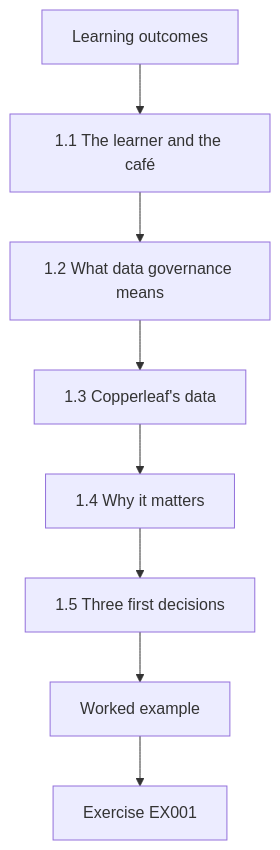
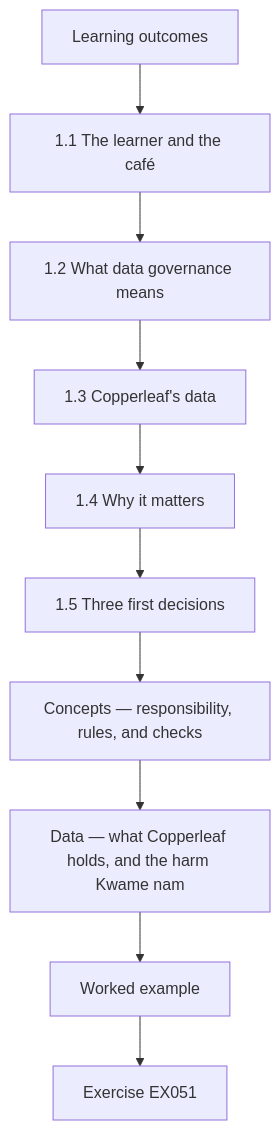
The first of 12 diagrams in levels/rapid-1-month/data-governance/en/book/MANUSCRIPT.md (hiagokinlevi/CyKin), drawn with Mermaid before and after one commit. The commit also changed other lines of this file and 1 other file, not shown here.

First line of the commit message:
Deepen the rapid data-governance lessons in English and Portuguese.

````diff
--- a/levels/rapid-1-month/data-governance/en/book/MANUSCRIPT.md
+++ b/levels/rapid-1-month/data-governance/en/book/MANUSCRIPT.md
@@ -45,12 +45,14 @@
 ```mermaid
 flowchart TD
   N0["Learning outcomes"]
   N1["1.1 The learner and the café"]
   N2["1.2 What data governance means"]
   N3["1.3 Copperleaf's data"]
   N4["1.4 Why it matters"]
   N5["1.5 Three first decisions"]
-  N0 --> N1 --> N2 --> N3 --> N4 --> N5
-  N5 --> EX["Worked example"]
-  EX --> Q["Exercise EX001"]
+  N6["Concepts — responsibility, rules, and checks"]
+  N7["Data — what Copperleaf holds, and the harm Kwame nam"]
+  N0 --> N1 --> N2 --> N3 --> N4 --> N5 --> N6 --> N7
+  N7 --> EX["Worked example"]
+  EX --> Q["Exercise EX051"]
 ```
````
